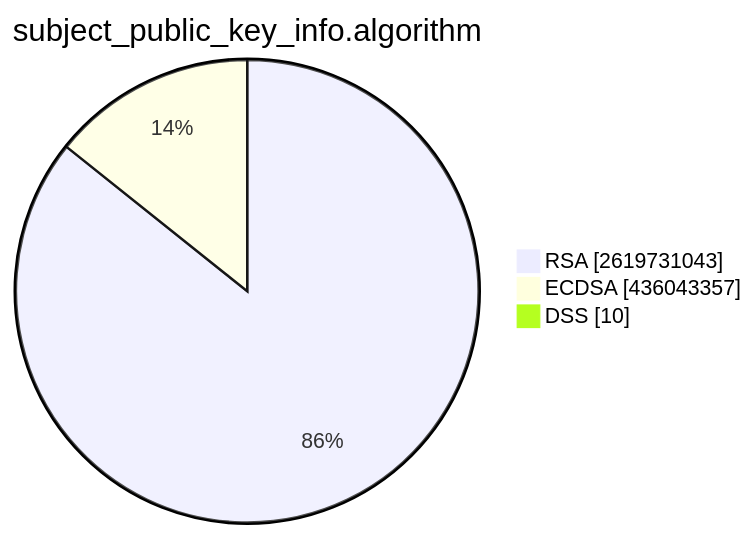
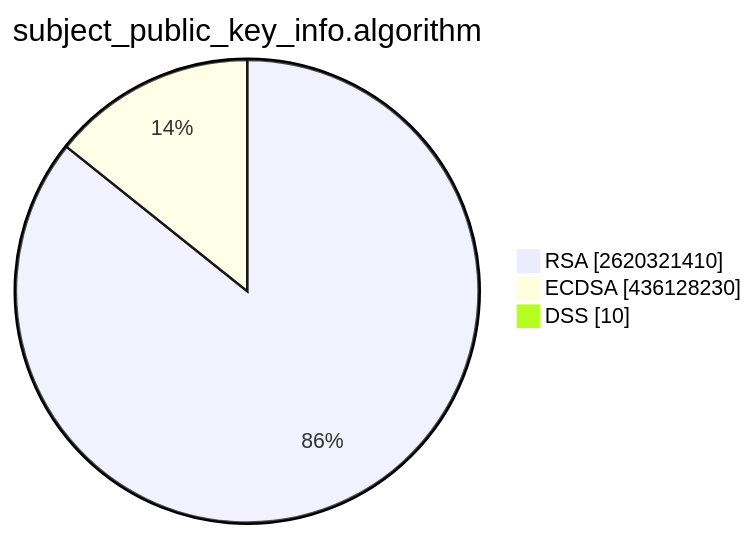
Before and after one commit to christiankrug/ctmonitor_visualization: the second of 15 diagrams in TOTAL/README.md, drawn with Mermaid. The commit also changed other lines of this file, not shown here.

````diff
--- a/TOTAL/README.md
+++ b/TOTAL/README.md
@@ -6,7 +6,7 @@
 ```mermaid
 pie showData
 title subject_public_key_info.algorithm
-"RSA" :2619731043
-"ECDSA" :436043357
+"RSA" :2620321410
+"ECDSA" :436128230
 "DSS" :10
 ```
````
